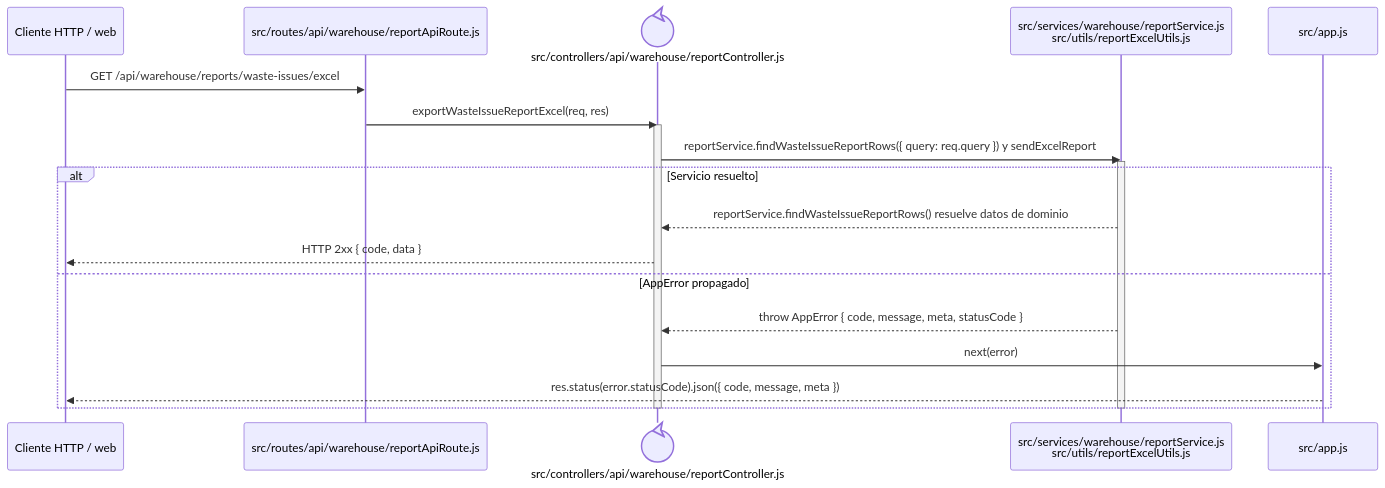
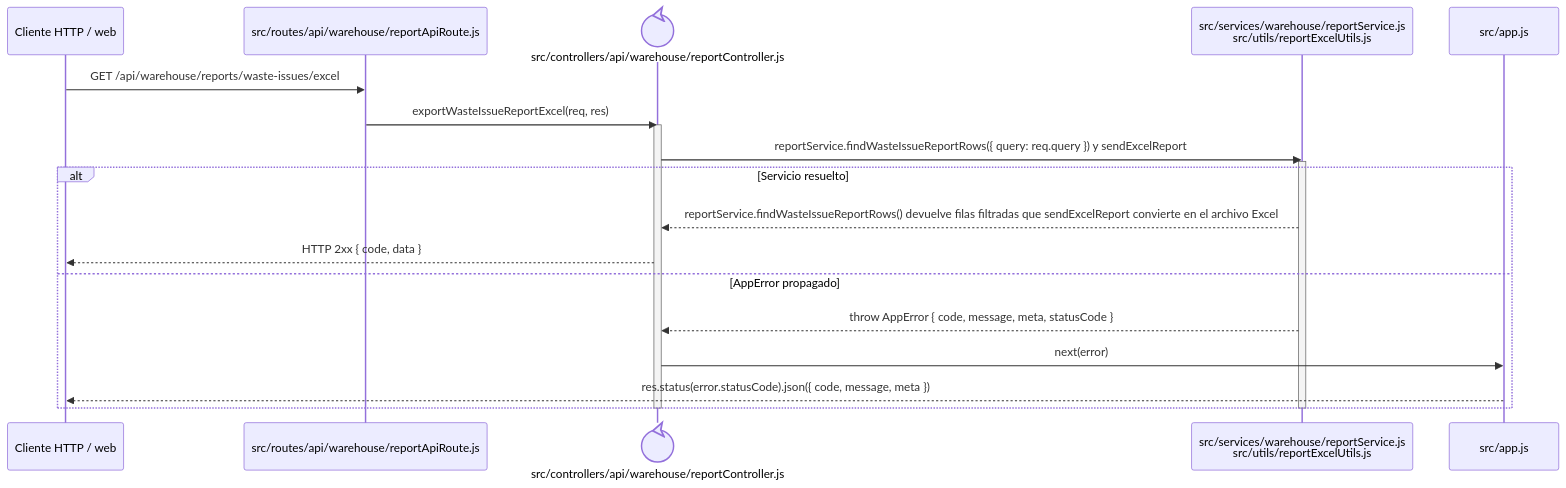
Before and after one commit to gpgsistemas01/nexus: the diagram in docs/architecture/backend-code-sequences/issues/cu-sal-14.md, drawn with Mermaid. The commit also changed 102 other files, not shown here.

````diff
--- a/docs/architecture/backend-code-sequences/issues/cu-sal-14.md
+++ b/docs/architecture/backend-code-sequences/issues/cu-sal-14.md
@@ -6,24 +6,24 @@
 ```mermaid
 sequenceDiagram
     participant Client as Cliente HTTP / web
     participant Route as src/routes/api/warehouse/reportApiRoute.js
     participant Controller@{ "type": "control" } as src/controllers/api/warehouse/reportController.js
     participant Domain as src/services/warehouse/reportService.js<br/>src/utils/reportExcelUtils.js
     participant ErrorHandler as src/app.js
 
     Client->>Route: GET /api/warehouse/reports/waste-issues/excel
     Route->>Controller: exportWasteIssueReportExcel(req, res)
     activate Controller
     Controller->>Domain: reportService.findWasteIssueReportRows({ query: req.query }) y sendExcelReport
     activate Domain
     alt Servicio resuelto
-        Domain-->>Controller: reportService.findWasteIssueReportRows() resuelve datos de dominio
+        Domain-->>Controller: reportService.findWasteIssueReportRows() devuelve filas filtradas que sendExcelReport convierte en el archivo Excel
         Controller-->>Client: HTTP 2xx { code, data }
     else AppError propagado
         Domain-->>Controller: throw AppError { code, message, meta, statusCode }
         Controller->>ErrorHandler: next(error)
         ErrorHandler-->>Client: res.status(error.statusCode).json({ code, message, meta })
     end
     deactivate Domain
     deactivate Controller
 ```
````
